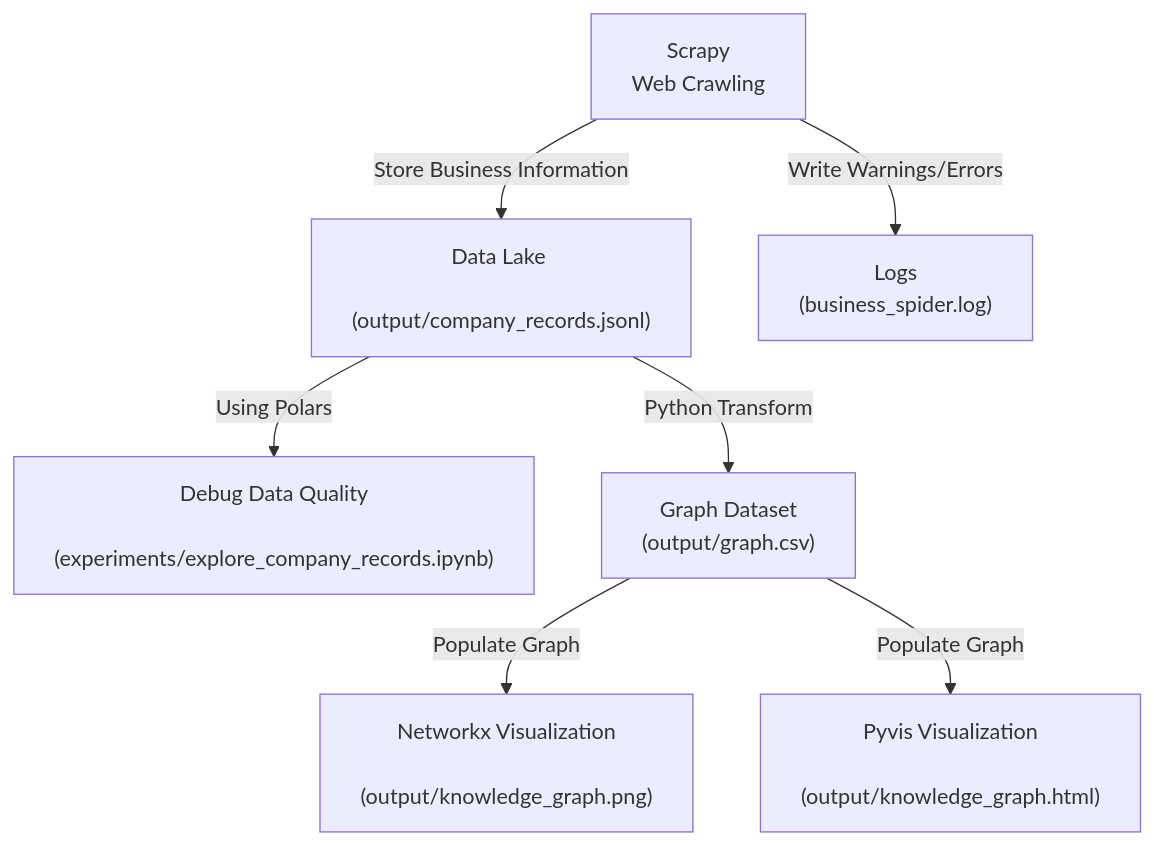
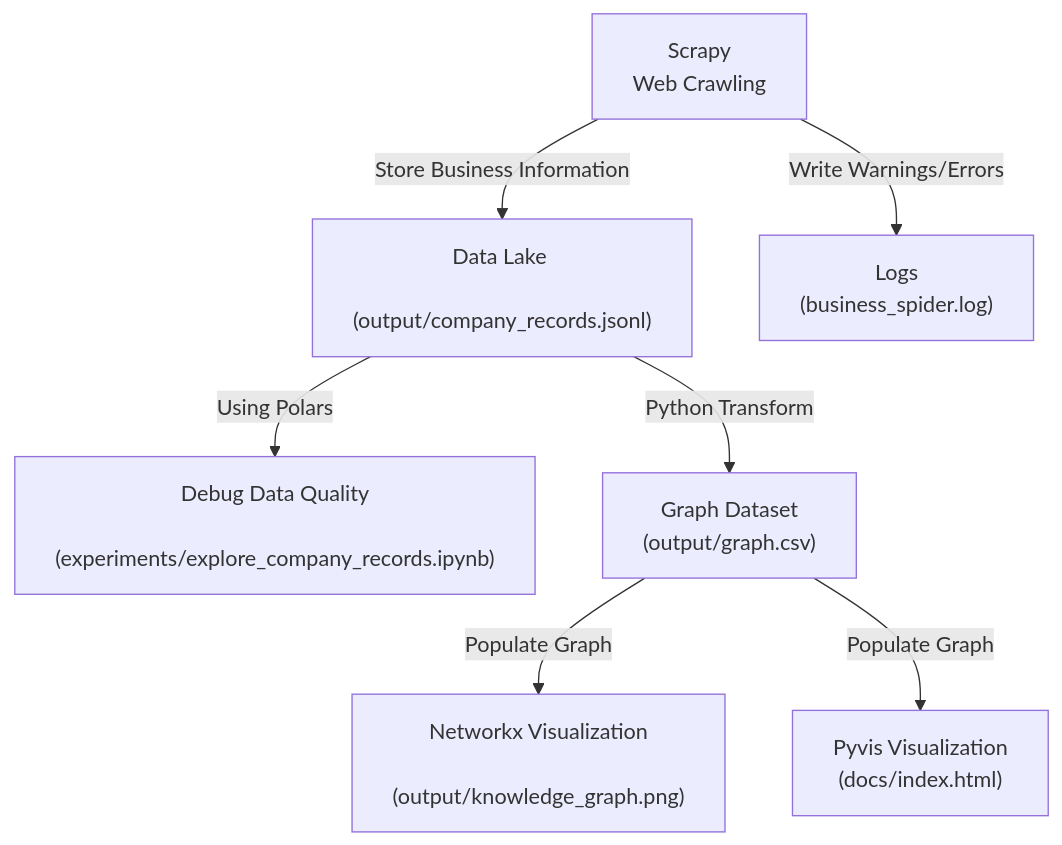
One commit to hamsburger/Sayari_Data_Task changed the diagram in README.md. Above: the diagram before and after it, drawn with Mermaid.

Commit message:
Update minor README typo

````diff
--- a/README.md
+++ b/README.md
@@ -55,24 +55,24 @@
 ```mermaid
     graph TD
         A --Store Business Information--> B
         A --Write Warnings/Errors--> F
         B --Using Polars--> E
         B --Python Transform--> C
         C --Populate Graph--> D
         C --Populate Graph--> G
         
         A["""Scrapy
         Web Crawling"""]
         B["""Data Lake 
         (output/company_records.jsonl)"""]
         C["""Graph Dataset 
         (output/graph.csv)"""]
         D["""Networkx Visualization
         (output/knowledge_graph.png)"""]
         E["""Debug Data Quality
         (experiments/explore_company_records.ipynb)"""]
         F["""Logs
         (business_spider.log)"""]
         G["""Pyvis Visualization
-        (output/knowledge_graph.html)"""]  
+        (docs/index.html)"""]  
 ```
````
